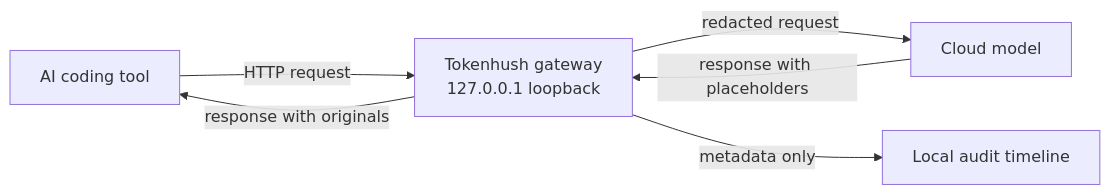
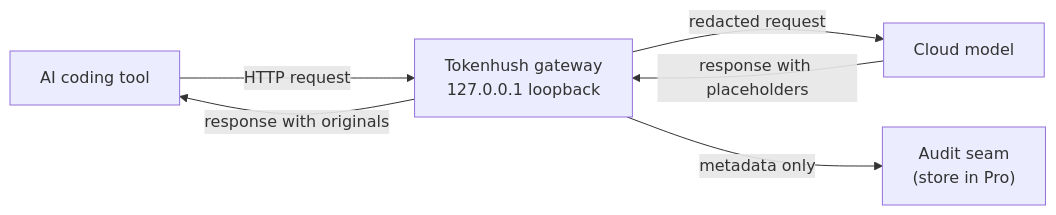
The diagram in README.md (fregie/tokenhush), drawn with Mermaid before and after one commit. The commit also changed other lines of this file and 24 other files, not shown here.

````diff
--- a/README.md
+++ b/README.md
@@ -38,8 +38,8 @@
 ```mermaid
 flowchart LR
     A["AI coding tool"] -->|HTTP request| B["Tokenhush gateway<br/>127.0.0.1 loopback"]
     B -->|redacted request| C["Cloud model"]
     C -->|response with placeholders| B
     B -->|response with originals| A
-    B -->|metadata only| D["Local audit timeline"]
+    B -->|metadata only| D["Audit seam<br/>(store in Pro)"]
 ```
````
